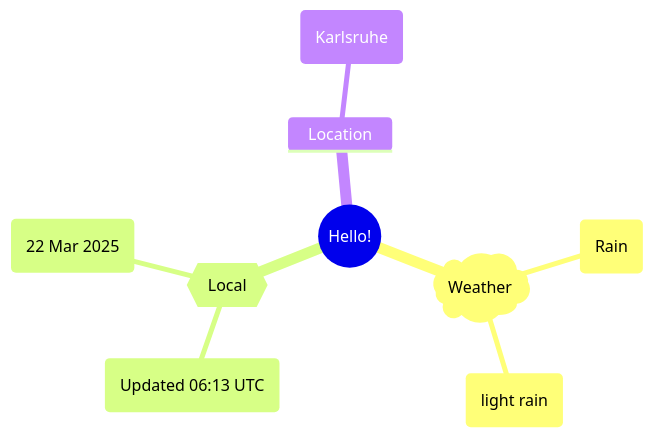
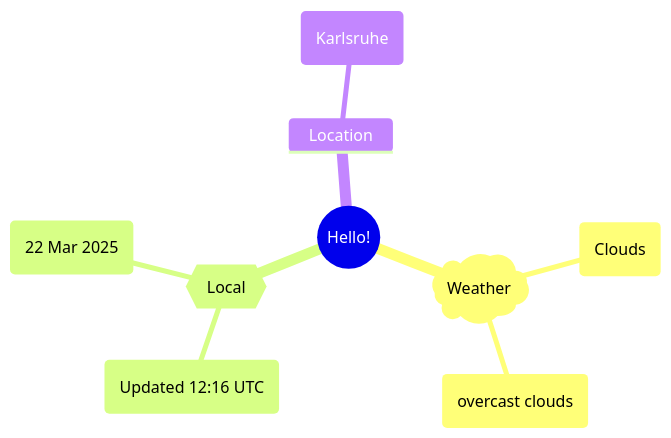
Before and after one commit to Xosrov/Xosrov: the first of 2 diagrams in README.md, drawn with Mermaid.

Commit message:
[bot] updated images

````diff
--- a/README.md
+++ b/README.md
@@ -3,12 +3,12 @@
 ```mermaid
 mindmap
   root((Hello!))
     )Weather(
-        (Rain)
-        (light rain)
+        (Clouds)
+        (overcast clouds)
     {{Local}}
-        (Updated 06:13 UTC)
+        (Updated 12:16 UTC)
         (22 Mar 2025)
     Location
         (Karlsruhe)
 ```
````
